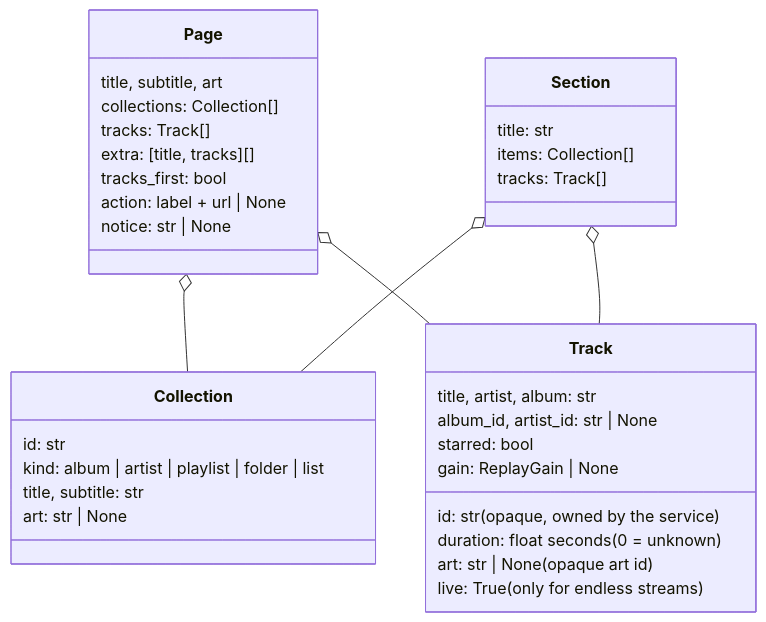
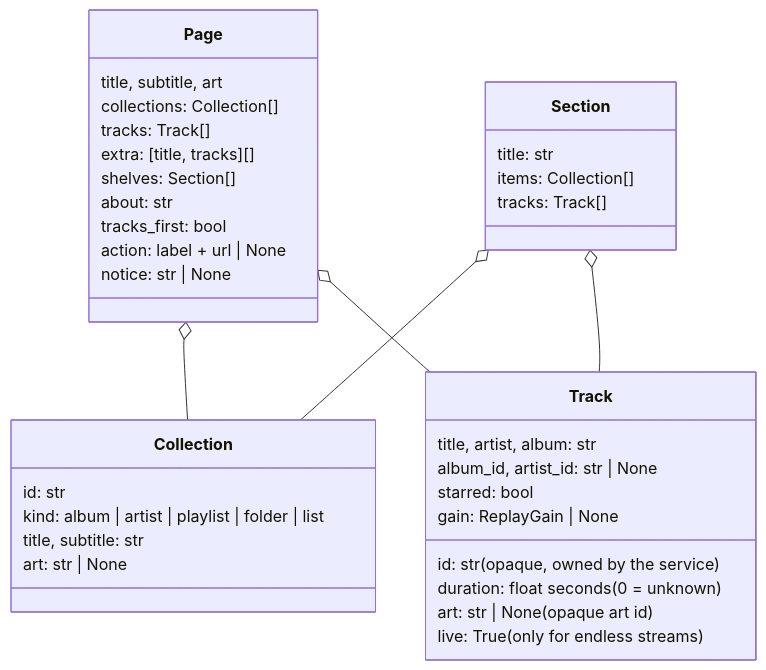
One commit to notsosaelin/MusicDeck changed the third of 4 diagrams in docs/ARCHITECTURE.md. Above: the diagram before and after it, drawn with Mermaid. The commit also changed other lines of this file and 46 other files, not shown here.

````diff
--- a/docs/ARCHITECTURE.md
+++ b/docs/ARCHITECTURE.md
@@ -245,37 +246,39 @@
 ```mermaid
 classDiagram
   class Track {
     id: str  (opaque, owned by the service)
     title, artist, album: str
     duration: float seconds (0 = unknown)
     art: str | None  (opaque art id)
     album_id, artist_id: str | None
     starred: bool
     gain: ReplayGain | None
     live: True  (only for endless streams)
   }
   class Collection {
     id: str
     kind: album | artist | playlist | folder | list
     title, subtitle: str
     art: str | None
   }
   class Page {
     title, subtitle, art
     collections: Collection[]
     tracks: Track[]
     extra: [title, tracks][]
+    shelves: Section[]
+    about: str
     tracks_first: bool
     action: label + url | None
     notice: str | None
   }
   class Section {
     title: str
     items: Collection[]
     tracks: Track[]
   }
   Page o-- Collection
   Page o-- Track
   Section o-- Collection
   Section o-- Track
 ```
````
